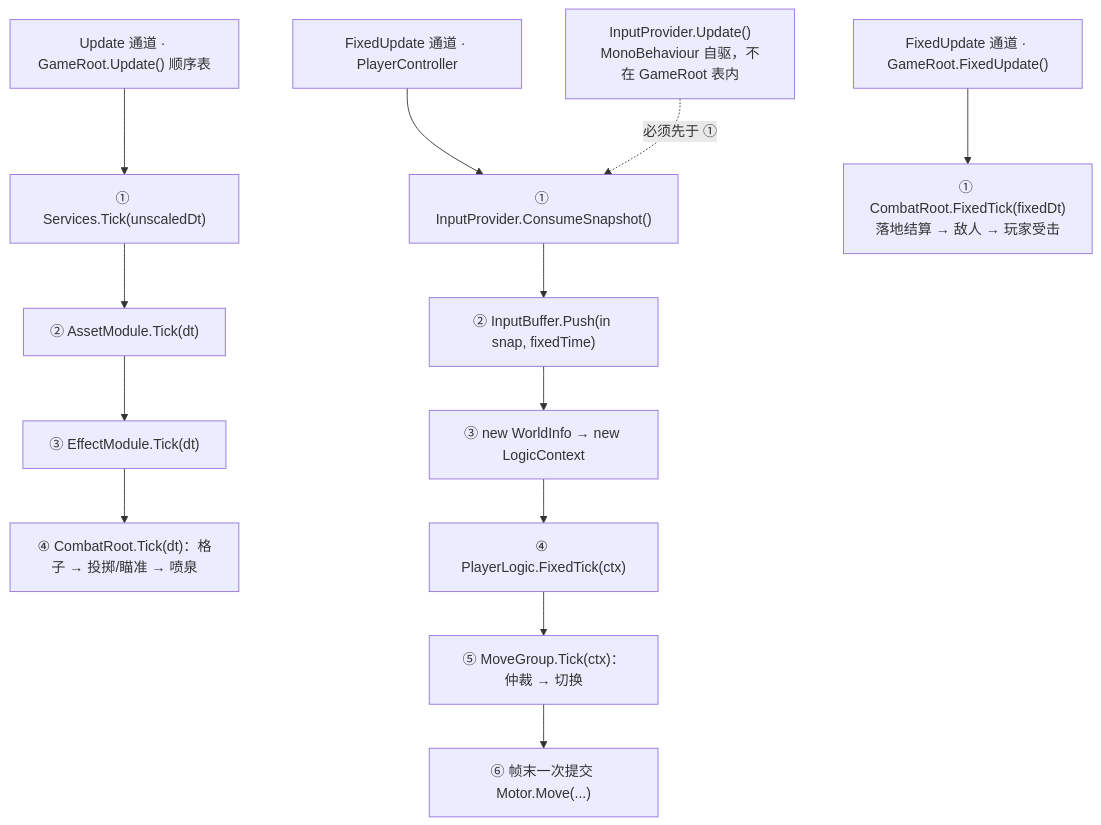
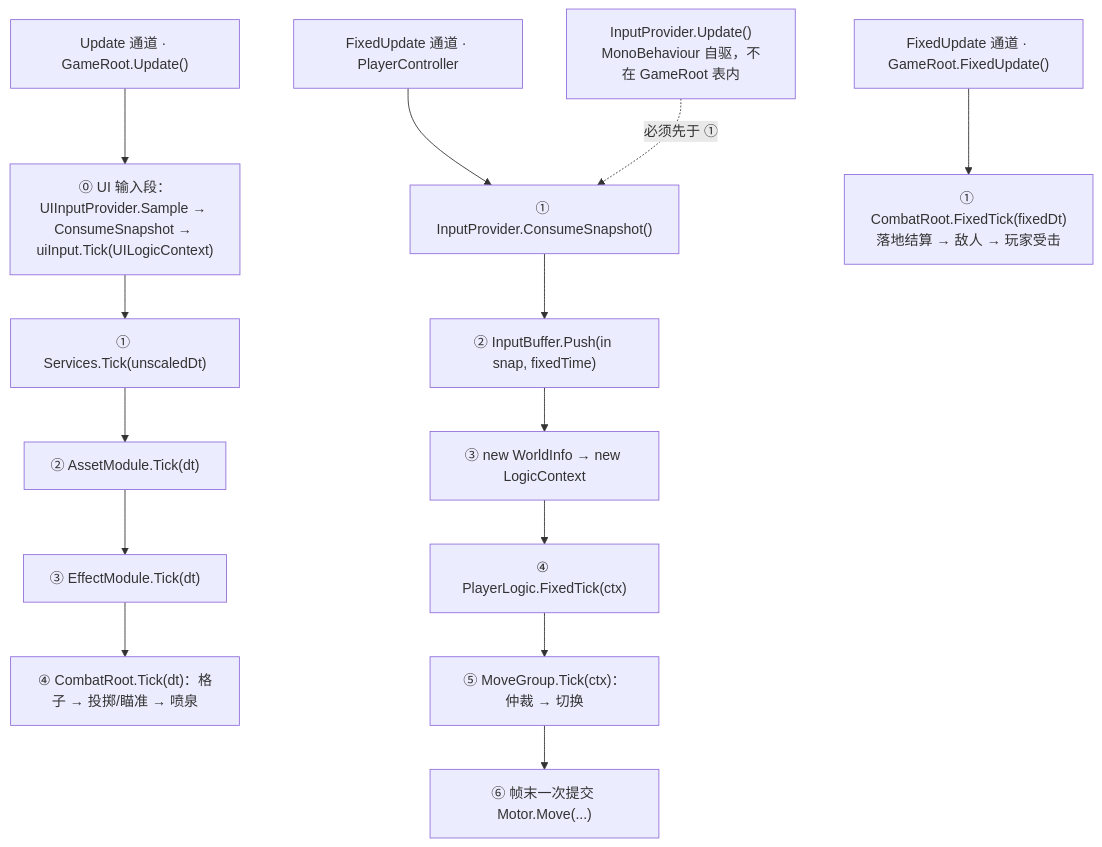
The second of 3 diagrams in Docs/框架设计/框架蓝图.md (5FYZhou/deepseaoil), drawn with Mermaid before and after one commit. The commit also changed other lines of this file and 34 other files, not shown here.

````diff
--- a/Docs/框架设计/框架蓝图.md
+++ b/Docs/框架设计/框架蓝图.md
@@ -29,18 +29,19 @@
 ```mermaid
 flowchart TD
-  U["Update 通道 · GameRoot.Update() 顺序表"] --> U1["① Services.Tick(unscaledDt)"]
+  U["Update 通道 · GameRoot.Update()"] --> U0["⓪ UI 输入段：UIInputProvider.Sample → ConsumeSnapshot → uiInput.Tick(UILogicContext)"]
+  U0 --> U1["① Services.Tick(unscaledDt)"]
   U1 --> U2["② AssetModule.Tick(dt)"]
   U2 --> U3["③ EffectModule.Tick(dt)"]
   U3 --> U4["④ CombatRoot.Tick(dt)：格子 → 投掷/瞄准 → 喷泉"]
 
   F["FixedUpdate 通道 · PlayerController"] --> F1["① InputProvider.ConsumeSnapshot()"]
   F1 --> F2["② InputBuffer.Push(in snap, fixedTime)"]
   F2 --> F3["③ new WorldInfo → new LogicContext"]
   F3 --> F4["④ PlayerLogic.FixedTick(ctx)"]
   F4 --> F5["⑤ MoveGroup.Tick(ctx)：仲裁 → 切换"]
   F5 --> F6["⑥ 帧末一次提交 Motor.Move(...)"]
 
   CF["FixedUpdate 通道 · GameRoot.FixedUpdate()"] --> C1["① CombatRoot.FixedTick(fixedDt)<br/>落地结算 → 敌人 → 玩家受击"]
 
   S["InputProvider.Update()<br/>MonoBehaviour 自驱，不在 GameRoot 表内"] -.->|"必须先于 ①"| F1
 ```
````
